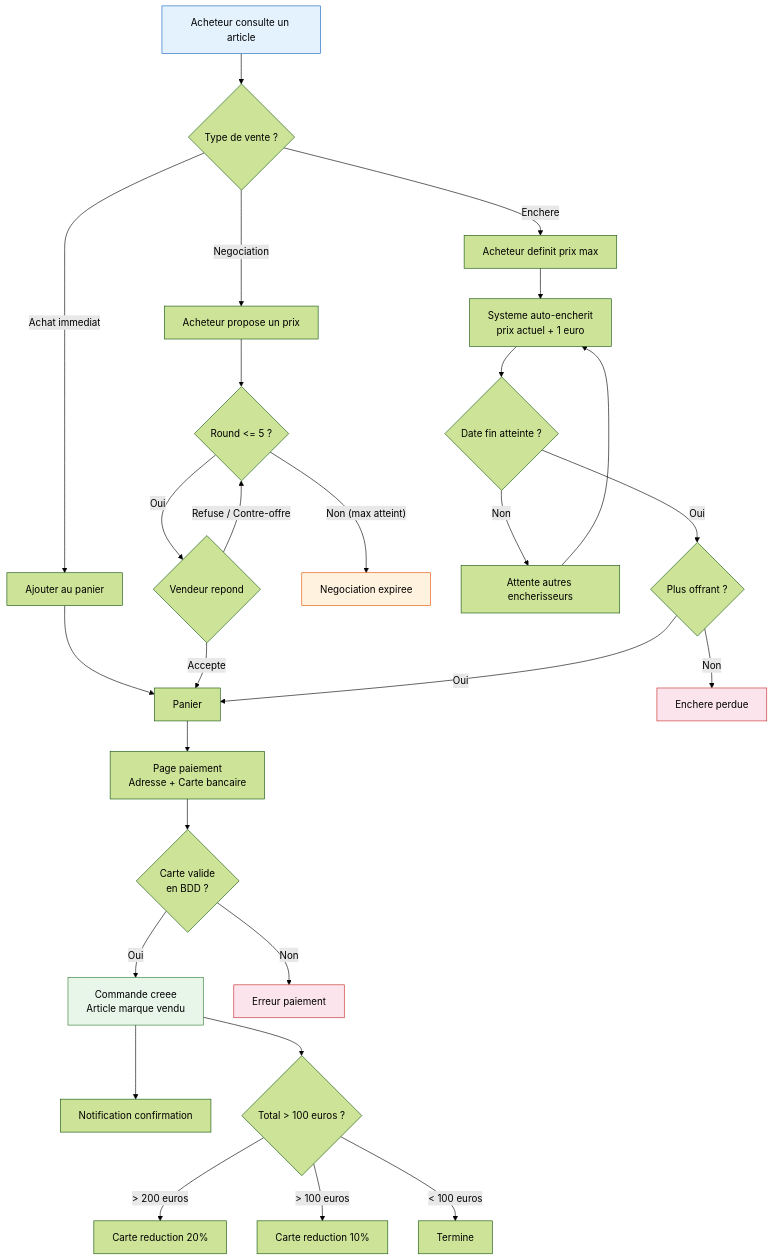
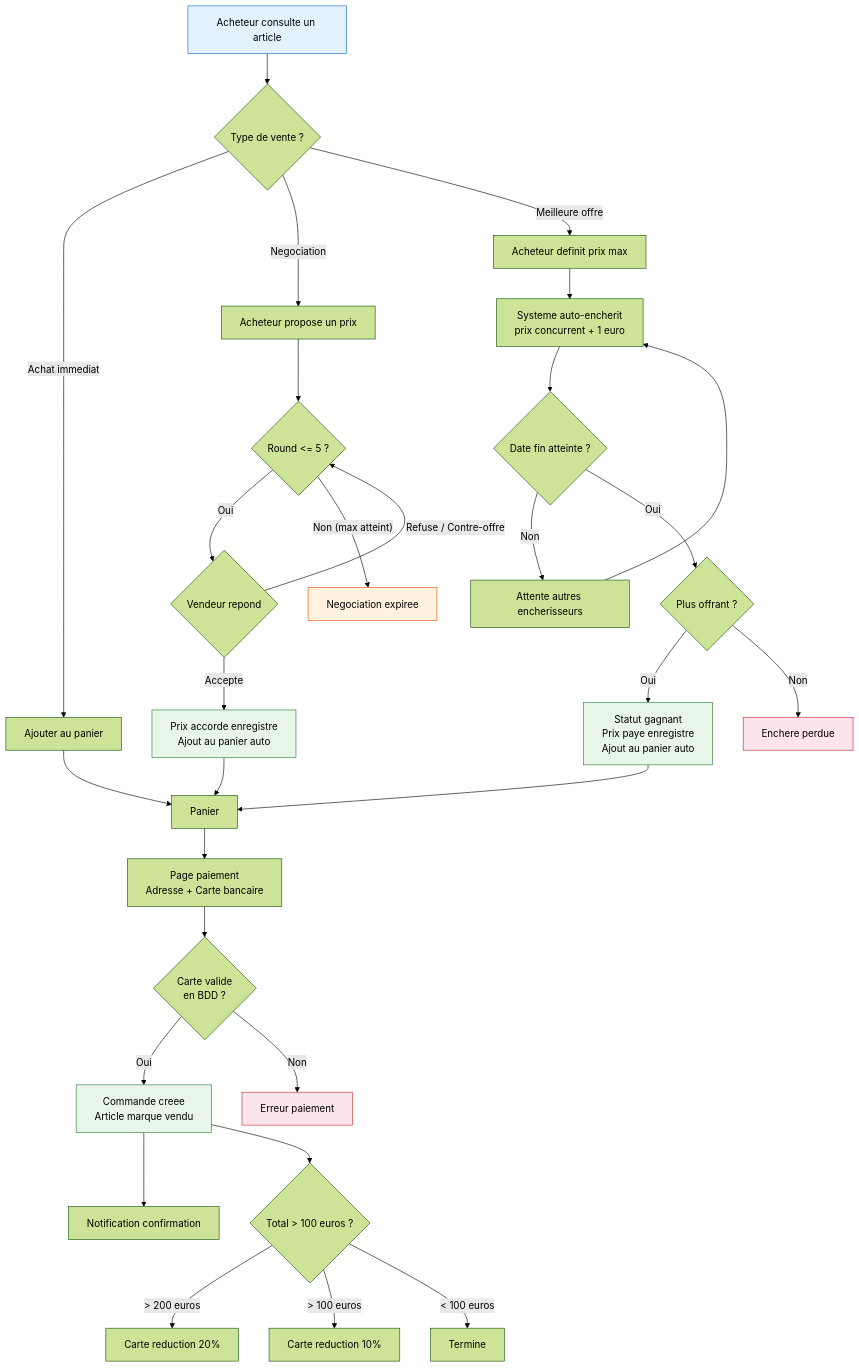
One commit to David-dsv/Omnes_Marketplace changed the fourth of 4 diagrams in Maquette/architecture_systeme.md. Above: the diagram before and after it, drawn with Mermaid (forest theme). The commit also changed other lines of this file and 7 other files, not shown here.

First line of the commit message:
Ajout MailHog pour emails de confirmation + mise à jour maquettes BDD/architecture

````diff
--- a/Maquette/architecture_systeme.md
+++ b/Maquette/architecture_systeme.md
@@ -145,38 +150,42 @@
 ```mermaid
 flowchart TD
     START["Acheteur consulte un article"] --> TYPE{Type de vente ?}
 
     TYPE -->|Achat immediat| BUY["Ajouter au panier"]
     BUY --> CART["Panier"]
     CART --> PAY["Page paiement<br/>Adresse + Carte bancaire"]
     PAY --> VALID{"Carte valide<br/>en BDD ?"}
     VALID -->|Oui| ORDER["Commande creee<br/>Article marque vendu"]
     VALID -->|Non| ERROR["Erreur paiement"]
     ORDER --> NOTIF["Notification confirmation"]
     ORDER --> REDUC{"Total > 100 euros ?"}
     REDUC -->|"> 200 euros"| CARD20["Carte reduction 20%"]
     REDUC -->|"> 100 euros"| CARD10["Carte reduction 10%"]
     REDUC -->|"< 100 euros"| DONE["Termine"]
 
     TYPE -->|Negociation| NEGO["Acheteur propose un prix"]
     NEGO --> ROUND{"Round <= 5 ?"}
     ROUND -->|Oui| SELLER{"Vendeur repond"}
-    SELLER -->|Accepte| CART
+    SELLER -->|Accepte| ACCEPTED["Prix accorde enregistre<br/>Ajout au panier auto"]
+    ACCEPTED --> CART
     SELLER -->|Refuse / Contre-offre| ROUND
     ROUND -->|"Non (max atteint)"| EXPIRE["Negociation expiree"]
 
-    TYPE -->|Enchere| BID["Acheteur definit prix max"]
-    BID --> AUTO["Systeme auto-encherit<br/>prix actuel + 1 euro"]
+    TYPE -->|Meilleure offre| BID["Acheteur definit prix max"]
+    BID --> AUTO["Systeme auto-encherit<br/>prix concurrent + 1 euro"]
     AUTO --> END_DATE{"Date fin atteinte ?"}
     END_DATE -->|Non| WAIT["Attente autres encherisseurs"]
     WAIT --> AUTO
     END_DATE -->|Oui| WINNER{"Plus offrant ?"}
-    WINNER -->|Oui| CART
+    WINNER -->|Oui| WON["Statut gagnant<br/>Prix paye enregistre<br/>Ajout au panier auto"]
+    WON --> CART
     WINNER -->|Non| LOST["Enchere perdue"]
 
     style START fill:#e3f2fd,stroke:#1565c0
     style ORDER fill:#e8f5e9,stroke:#2e7d32
     style ERROR fill:#fce4ec,stroke:#c62828
     style EXPIRE fill:#fff3e0,stroke:#e65100
     style LOST fill:#fce4ec,stroke:#c62828
+    style ACCEPTED fill:#e8f5e9,stroke:#2e7d32
+    style WON fill:#e8f5e9,stroke:#2e7d32
 ```
````
